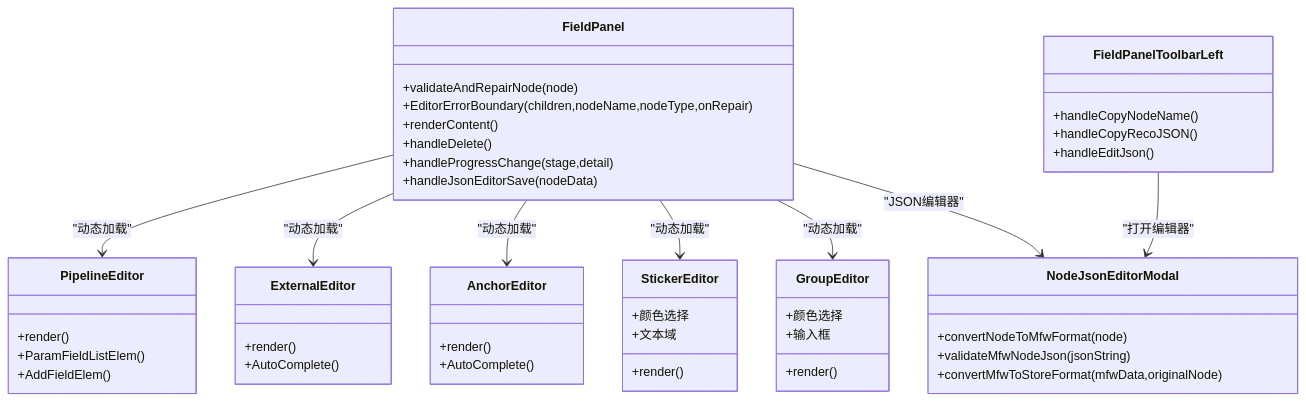
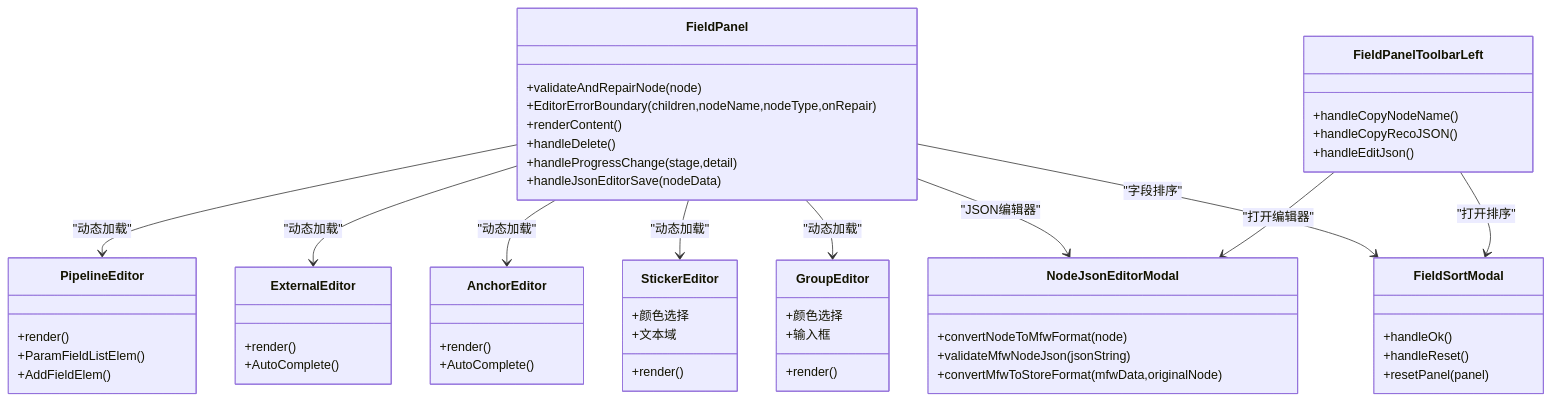
The eighth of 10 diagrams in .qoder/repowiki/zh/content/用户界面/面板系统/字段面板.md (kqcoxn/MaaPipelineEditor), drawn with Mermaid before and after one commit. The commit also changed other lines of this file and 22 other files, not shown here.

````diff
--- a/.qoder/repowiki/zh/content/用户界面/面板系统/字段面板.md
+++ b/.qoder/repowiki/zh/content/用户界面/面板系统/字段面板.md
@@ -274,51 +420,58 @@
 ```mermaid
 classDiagram
 class FieldPanel {
 +validateAndRepairNode(node)
 +EditorErrorBoundary(children,nodeName,nodeType,onRepair)
 +renderContent()
 +handleDelete()
 +handleProgressChange(stage,detail)
 +handleJsonEditorSave(nodeData)
 }
 class FieldPanelToolbarLeft {
 +handleCopyNodeName()
 +handleCopyRecoJSON()
 +handleEditJson()
 }
 class NodeJsonEditorModal {
 +convertNodeToMfwFormat(node)
 +validateMfwNodeJson(jsonString)
 +convertMfwToStoreFormat(mfwData,originalNode)
+}
+class FieldSortModal {
++handleOk()
++handleReset()
++resetPanel(panel)
 }
 class PipelineEditor {
 +render()
 +ParamFieldListElem()
 +AddFieldElem()
 }
 class ExternalEditor {
 +render()
 +AutoComplete()
 }
 class AnchorEditor {
 +render()
 +AutoComplete()
 }
 class StickerEditor {
 +render()
 +颜色选择
 +文本域
 }
 class GroupEditor {
 +render()
 +颜色选择
 +输入框
 }
 FieldPanel --> PipelineEditor : "动态加载"
 FieldPanel --> ExternalEditor : "动态加载"
 FieldPanel --> AnchorEditor : "动态加载"
 FieldPanel --> StickerEditor : "动态加载"
 FieldPanel --> GroupEditor : "动态加载"
 FieldPanel --> NodeJsonEditorModal : "JSON编辑器"
+FieldPanel --> FieldSortModal : "字段排序"
 FieldPanelToolbarLeft --> NodeJsonEditorModal : "打开编辑器"
+FieldPanelToolbarLeft --> FieldSortModal : "打开排序"
 ```
````
